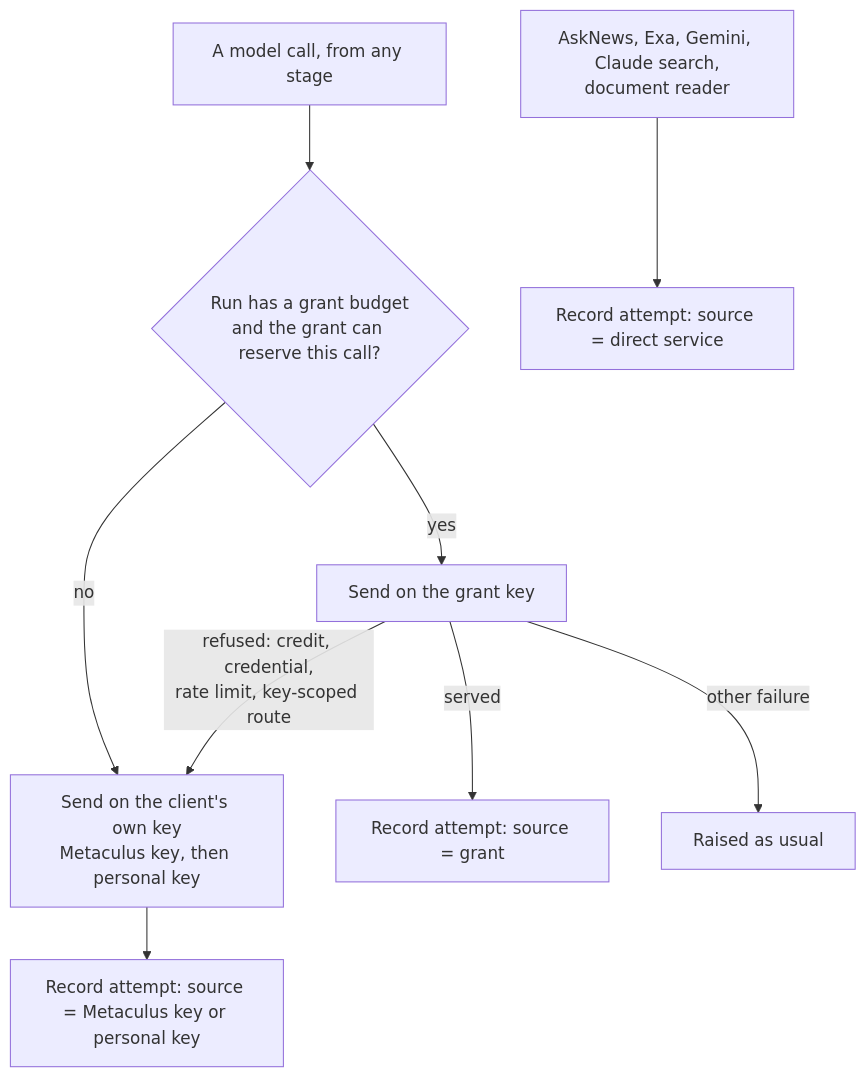
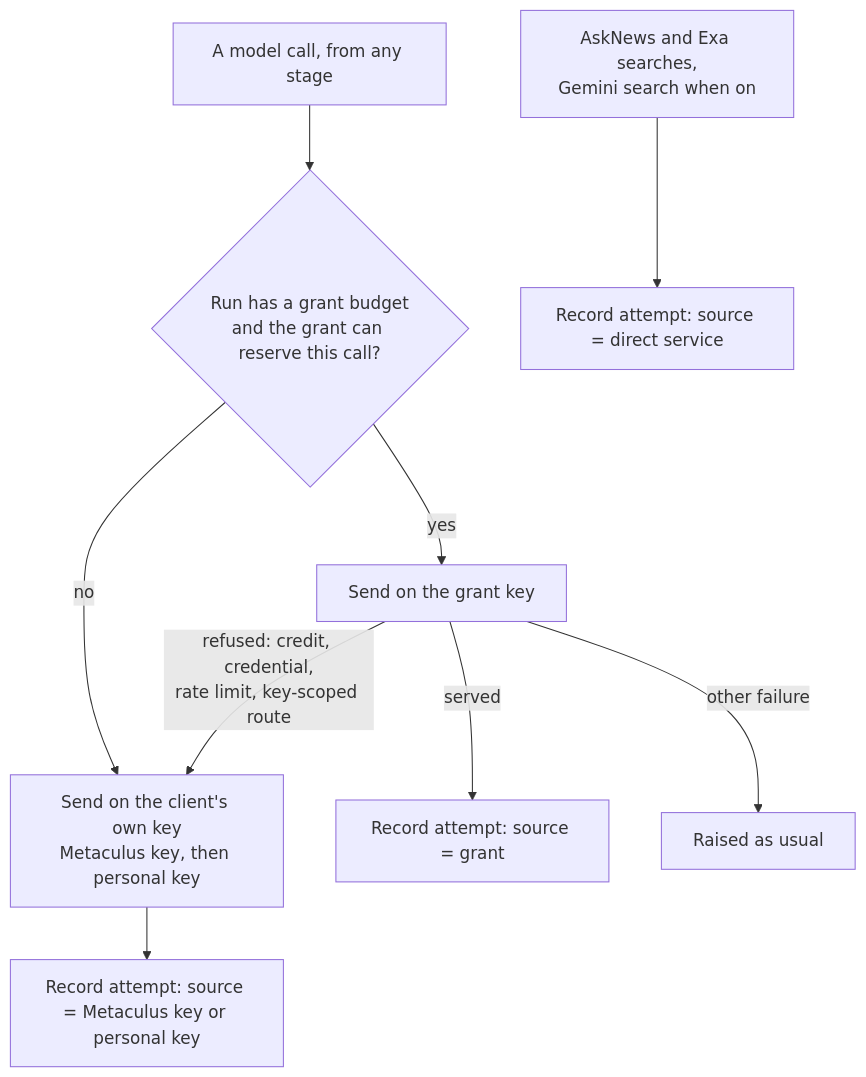
Before and after one commit to jesssss812/sibyl: the diagram in docs/runbooks/experiment-funding.md, drawn with Mermaid. The commit also changed other lines of this file and 7 other files, not shown here.

````diff
--- a/docs/runbooks/experiment-funding.md
+++ b/docs/runbooks/experiment-funding.md
@@ -8,11 +8,11 @@
 ```mermaid
 flowchart TD
     A[A model call, from any stage] --> B{Run has a grant budget<br/>and the grant can reserve this call?}
     B -->|yes| C[Send on the grant key]
     B -->|no| E[Send on the client's own key<br/>Metaculus key, then personal key]
     C -->|refused: credit, credential,<br/>rate limit, key-scoped route| E
     C -->|served| R[Record attempt: source = grant]
     C -->|other failure| X[Raised as usual]
     E --> S[Record attempt: source = Metaculus key or personal key]
-    D[AskNews, Exa, Gemini, Claude search,<br/>document reader] --> T[Record attempt: source = direct service]
+    D[AskNews and Exa searches,<br/>Gemini search when on] --> T[Record attempt: source = direct service]
 ```
````
